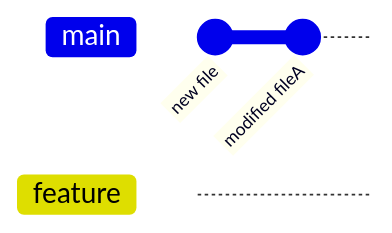
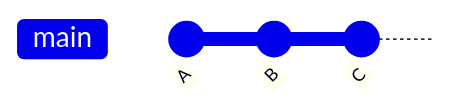
The tenth of 19 diagrams in README.md (roodriigoooo/SoftwareDevForBusiness), drawn with Mermaid before and after one commit. The commit also changed other lines of this file, not shown here.

Commit message:
mermaid graphing error

````diff
--- a/README.md
+++ b/README.md
@@ -339,9 +484,6 @@
 ```mermaid
 gitGraph
-	commit id: "new file"
-	branch feature
-	checkout feature
-	commit id: "modified fileA"
-	checkout main
-	commit id: "modified fileA"
+	commit id: "A"
+	commit id: "B"
+	commit id: "C"
 ```
````
